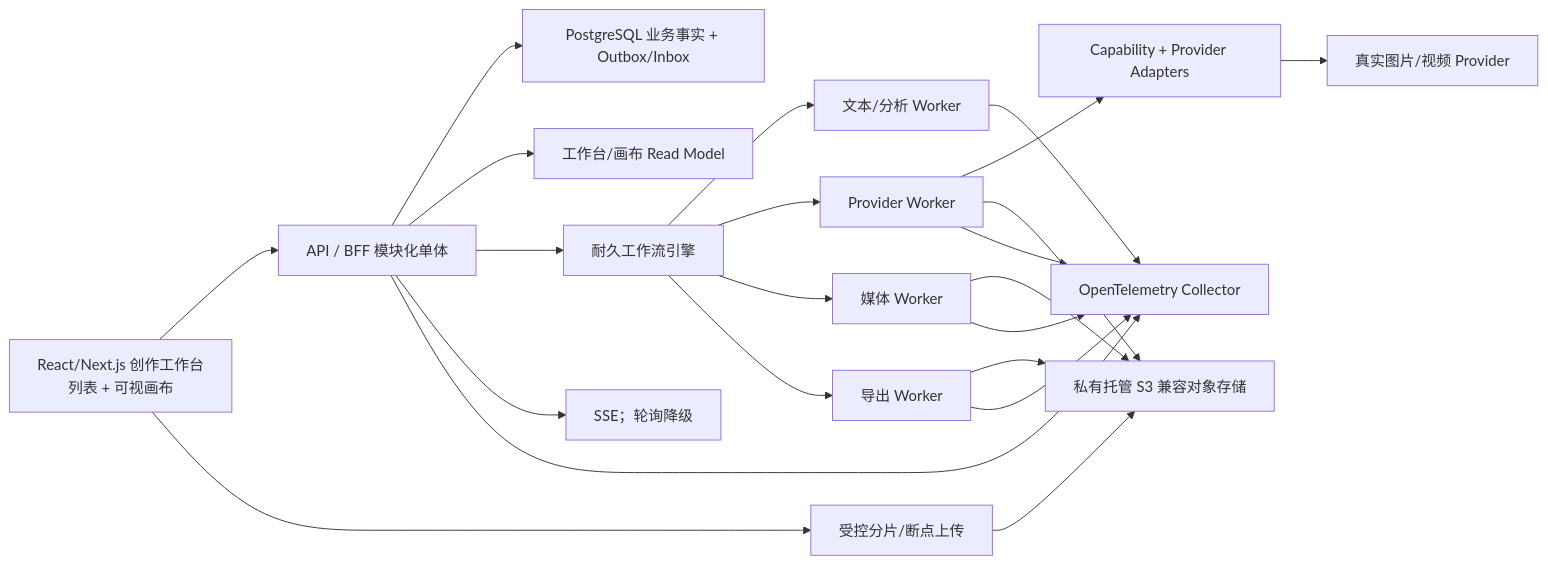
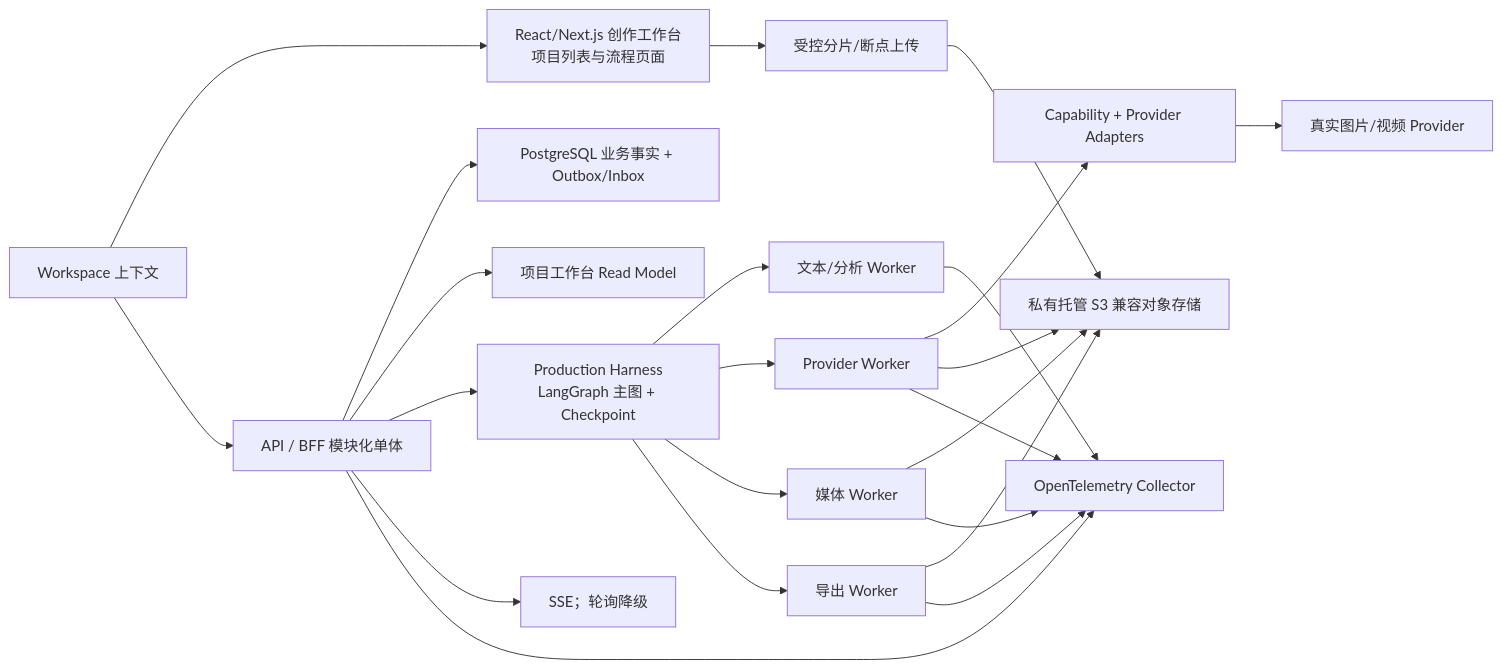
One commit to StephenQiu30/lanverse changed the diagram in docs/design/001-目标技术架构与选型.md. Above: the diagram before and after it, drawn with Mermaid. The commit also changed other lines of this file and 26 other files, not shown here.

````diff
--- a/docs/design/001-目标技术架构与选型.md
+++ b/docs/design/001-目标技术架构与选型.md
@@ -65,24 +66,25 @@
 ```mermaid
 flowchart LR
-    U["React/Next.js 创作工作台<br/>列表 + 可视画布"] --> G["API / BFF 模块化单体"]
+    WS["Workspace 上下文"] --> U["React/Next.js 创作工作台<br/>项目列表与流程页面"]
+    WS --> G["API / BFF 模块化单体"]
     U --> UL["受控分片/断点上传"]
     G --> PG["PostgreSQL 业务事实 + Outbox/Inbox"]
-    G --> RP["工作台/画布 Read Model"]
-    G --> DE["耐久工作流引擎"]
+    G --> RP["项目工作台 Read Model"]
+    G --> PH["Production Harness<br/>LangGraph 主图 + Checkpoint"]
     G --> SS["SSE；轮询降级"]
-    DE --> TW["文本/分析 Worker"]
-    DE --> PW["Provider Worker"]
-    DE --> MW["媒体 Worker"]
-    DE --> EW["导出 Worker"]
+    PH --> TW["文本/分析 Worker"]
+    PH --> PW["Provider Worker"]
+    PH --> MW["媒体 Worker"]
+    PH --> EW["导出 Worker"]
     PW --> AD["Capability + Provider Adapters"]
     AD --> AI["真实图片/视频 Provider"]
     UL --> OS["私有托管 S3 兼容对象存储"]
     PW --> OS
     MW --> OS
     EW --> OS
     G --> OT["OpenTelemetry Collector"]
     TW --> OT
     PW --> OT
     MW --> OT
     EW --> OT
 ```
````
